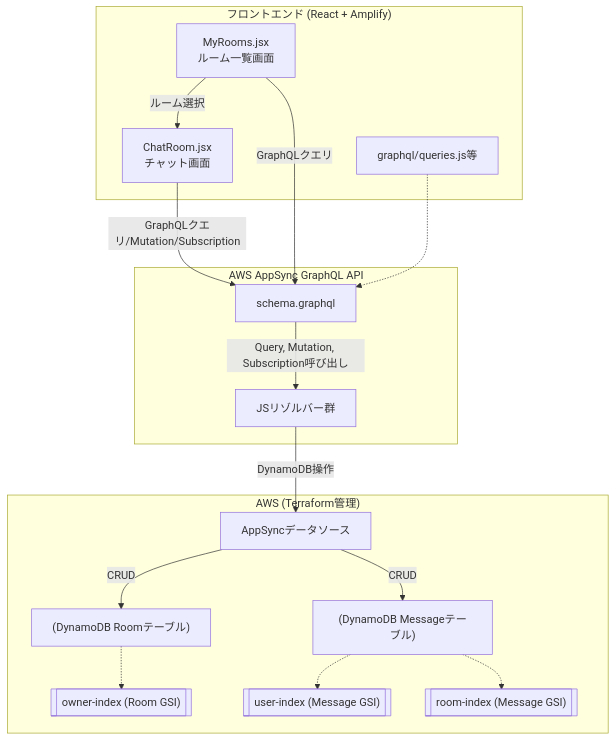
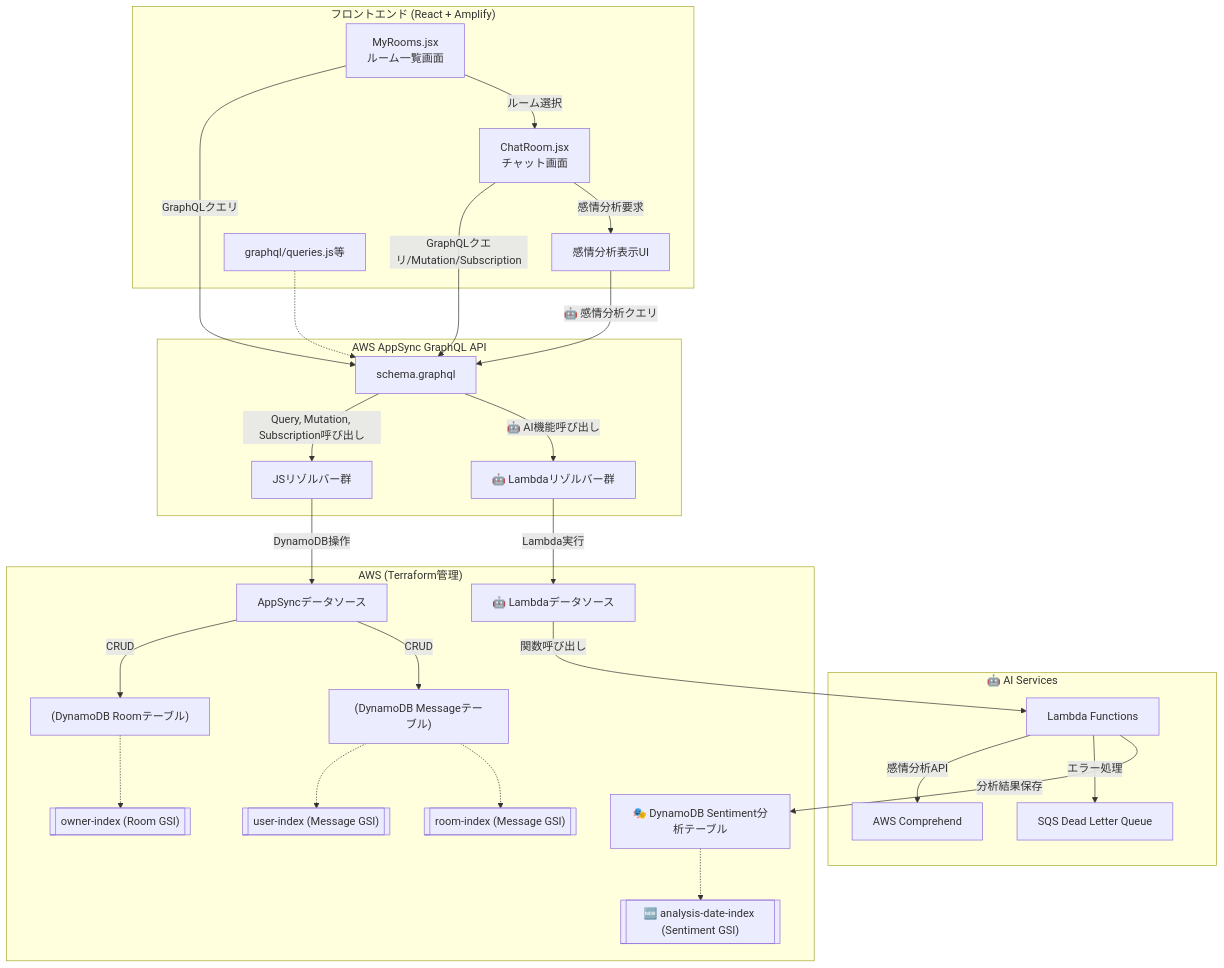
Before and after one commit to keitti73/chat_app_by_ai: the first of 6 diagrams in doc/architecture/システム処理フロー詳細解説.md, drawn with Mermaid. The commit also changed other lines of this file and 14 other files, not shown here.

First line of the commit message:
feat(lambda): Implement advanced sentiment analysis resolver with AWS Comprehend integration

````diff
--- a/doc/architecture/システム処理フロー詳細解説.md
+++ b/doc/architecture/システム処理フロー詳細解説.md
@@ -13,34 +13,54 @@
 ```mermaid
 flowchart TD
   subgraph Frontend ["フロントエンド (React + Amplify)"]
     ChatRoom[ChatRoom.jsx\nチャット画面]
     MyRooms[MyRooms.jsx\nルーム一覧画面]
+    SentimentDisplay[感情分析表示UI]
     GQLQueries[graphql/queries.js等]
   end
 
   subgraph AppSyncAPI [AWS AppSync GraphQL API]
     Schema[schema.graphql]
-    Resolvers[JSリゾルバー群]
+    JSResolvers[JSリゾルバー群]
+    LambdaResolvers[🤖 Lambdaリゾルバー群]
+  end
+  
+  subgraph AIServices ["🤖 AI Services"]
+    Lambda[Lambda Functions]
+    Comprehend[AWS Comprehend]
+    SQS[SQS Dead Letter Queue]
   end
 
   subgraph Infra ["AWS (Terraform管理)"]
     RoomTable["(DynamoDB Roomテーブル)"]
     MessageTable["(DynamoDB Messageテーブル)"]
+    SentimentTable["🎭 DynamoDB Sentiment分析テーブル"]
     AppSyncDS["AppSyncデータソース"]
+    LambdaDS["🤖 Lambdaデータソース"]
     OwnerIndex[["owner-index (Room GSI)"]]
     UserIndex[["user-index (Message GSI)"]]
     RoomIndex[["room-index (Message GSI)"]]
+    AnalysisIndex[["🆕 analysis-date-index (Sentiment GSI)"]]
   end
 
   ChatRoom -- GraphQLクエリ/Mutation/Subscription --> Schema
   MyRooms -- GraphQLクエリ --> Schema
+  SentimentDisplay -- "🤖 感情分析クエリ" --> Schema
   GQLQueries -.-> Schema
-  Schema -- "Query, Mutation, Subscription呼び出し" --> Resolvers
-  Resolvers -- "DynamoDB操作" --> AppSyncDS
+  Schema -- "Query, Mutation, Subscription呼び出し" --> JSResolvers
+  Schema -- "🤖 AI機能呼び出し" --> LambdaResolvers
+  JSResolvers -- "DynamoDB操作" --> AppSyncDS
+  LambdaResolvers -- "Lambda実行" --> LambdaDS
+  LambdaDS -- "関数呼び出し" --> Lambda
+  Lambda -- "感情分析API" --> Comprehend
+  Lambda -- "エラー処理" --> SQS
   AppSyncDS -- "CRUD" --> RoomTable
   AppSyncDS -- "CRUD" --> MessageTable
+  Lambda -- "分析結果保存" --> SentimentTable
   RoomTable -.-> OwnerIndex
   MessageTable -.-> UserIndex
   MessageTable -.-> RoomIndex
+  SentimentTable -.-> AnalysisIndex
   MyRooms -- "ルーム選択" --> ChatRoom
+  ChatRoom -- "感情分析要求" --> SentimentDisplay
 ```
````
